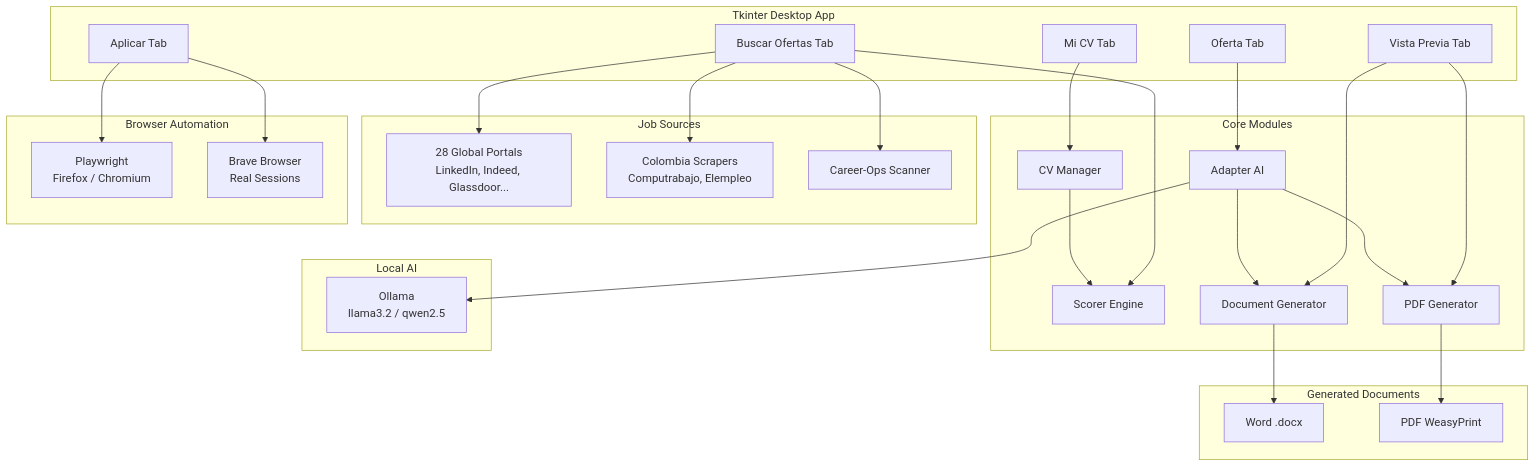
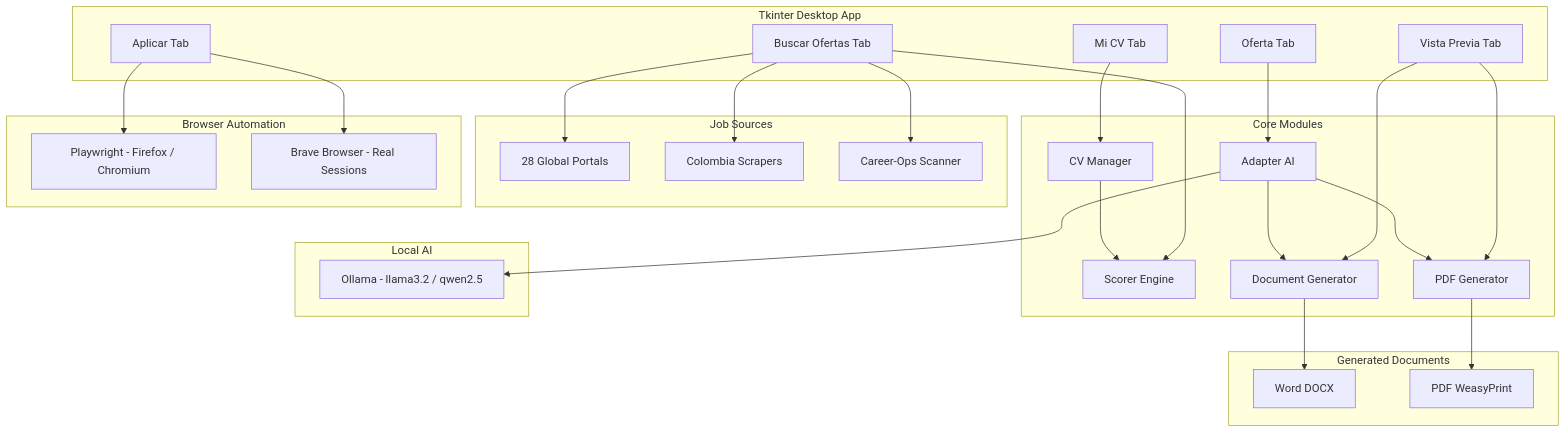
One commit to galeanojuan2577/CV_Automat changed the diagram in README.md. Above: the diagram before and after it, drawn with Mermaid.

Commit message:
fix: simplify Mermaid diagram for GitHub renderer

````diff
--- a/README.md
+++ b/README.md
@@ -32,55 +32,55 @@
 ```mermaid
-graph TB
-    subgraph GUI[Tkinter Desktop App]
-        CVTAB[Mi CV Tab]
-        SEARCH[Buscar Ofertas Tab]
-        OFERTA[Oferta Tab]
-        PREVIEW[Vista Previa Tab]
-        APPLY[Aplicar Tab]
+flowchart TB
+    subgraph GUI["Tkinter Desktop App"]
+        CVTAB["Mi CV Tab"]
+        SEARCH["Buscar Ofertas Tab"]
+        OFERTA["Oferta Tab"]
+        PREVIEW["Vista Previa Tab"]
+        APPLY["Aplicar Tab"]
     end
 
-    subgraph Core[Core Modules]
-        CVM[CV Manager]
-        SCORER[Scorer Engine]
-        ADAPT[Adapter AI]
-        DOCGEN[Document Generator]
-        PDFGEN[PDF Generator]
+    subgraph Core["Core Modules"]
+        CVM["CV Manager"]
+        SCORER["Scorer Engine"]
+        ADAPT["Adapter AI"]
+        DOCGEN["Document Generator"]
+        PDFGEN["PDF Generator"]
     end
 
-    subgraph AI[Local AI]
-        OLLAMA[Ollama<br/>llama3.2 / qwen2.5]
+    subgraph AI["Local AI"]
+        OLLAMA["Ollama - llama3.2 / qwen2.5"]
     end
 
-    subgraph Sources[Job Sources]
-        JOBDROP[28 Global Portals<br/>LinkedIn, Indeed, Glassdoor...]
-        COLOMBIA[Colombia Scrapers<br/>Computrabajo, Elempleo]
-        CAREER[Career-Ops Scanner]
+    subgraph Sources["Job Sources"]
+        JOBDROP["28 Global Portals"]
+        COLOMBIA["Colombia Scrapers"]
+        CAREER["Career-Ops Scanner"]
     end
 
-    subgraph Output[Generated Documents]
-        WORD[Word .docx]
-        PDF[PDF WeasyPrint]
+    subgraph Output["Generated Documents"]
+        WORD["Word DOCX"]
+        PDF["PDF WeasyPrint"]
     end
 
-    subgraph Browser[Browser Automation]
-        PW[Playwright<br/>Firefox / Chromium]
-        BRAVE[Brave Browser<br/>Real Sessions]
+    subgraph Browser["Browser Automation"]
+        PW["Playwright - Firefox / Chromium"]
+        BRAVE["Brave Browser - Real Sessions"]
     end
 
     CVTAB --> CVM
     CVM --> SCORER
     SEARCH --> JOBDROP
     SEARCH --> COLOMBIA
     SEARCH --> CAREER
     SEARCH --> SCORER
     OFERTA --> ADAPT
     ADAPT --> OLLAMA
     ADAPT --> DOCGEN
     ADAPT --> PDFGEN
     DOCGEN --> WORD
     PDFGEN --> PDF
     APPLY --> PW
     APPLY --> BRAVE
     PREVIEW --> DOCGEN
     PREVIEW --> PDFGEN
 ```
````
